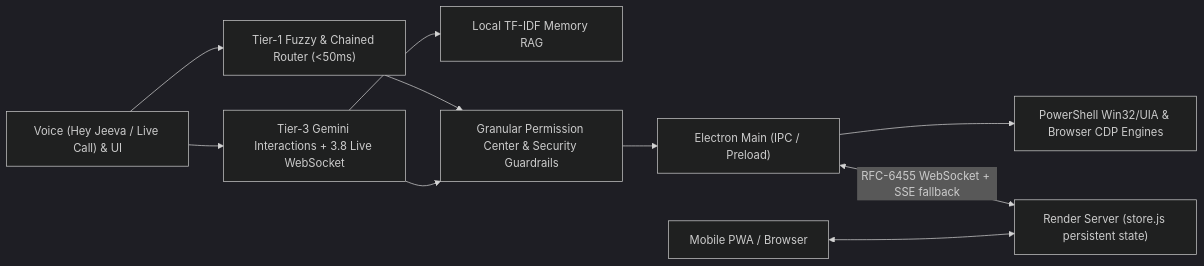
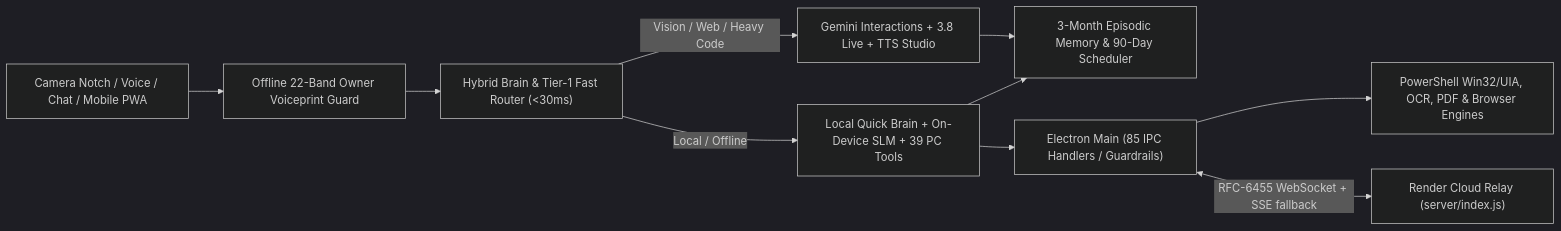
Before and after one commit to rishusaw0/bob: the diagram in README.md, drawn with Mermaid (dark theme). The commit also changed other lines of this file, not shown here.

Commit message:
Update README.md with complete JEEVA AI features, voice cloning, offline voiceprint guard, and webbuildix.online SEO

````diff
--- a/README.md
+++ b/README.md
@@ -7,11 +11,11 @@
 ```mermaid
 flowchart LR
-  User["Voice (Hey Jeeva / Live Call) & UI"] --> Router["Tier-1 Fuzzy & Chained Router (<50ms)"]
-  User --> Gemini["Tier-3 Gemini Interactions + 3.8 Live WebSocket"]
-  Gemini --> RAG["Local TF-IDF Memory RAG"]
-  Router & Gemini --> Guard["Granular Permission Center & Security Guardrails"]
-  Guard --> IPC["Electron Main (IPC / Preload)"]
-  IPC --> PS["PowerShell Win32/UIA & Browser CDP Engines"]
-  IPC <-->|RFC-6455 WebSocket + SSE fallback| Relay["Render Server (store.js persistent state)"]
-  Phone["Mobile PWA / Browser"] <--> Relay
+  User["Camera Notch / Voice / Chat / Mobile PWA"] --> Gate["Offline 22-Band Owner Voiceprint Guard"]
+  Gate --> Router["Hybrid Brain & Tier-1 Fast Router (<30ms)"]
+  Router -->|Local / Offline| LocalBrain["Local Quick Brain + On-Device SLM + 39 PC Tools"]
+  Router -->|Vision / Web / Heavy Code| Gemini["Gemini Interactions + 3.8 Live + TTS Studio"]
+  LocalBrain & Gemini --> Memory["3-Month Episodic Memory & 90-Day Scheduler"]
+  LocalBrain --> IPC["Electron Main (85 IPC Handlers / Guardrails)"]
+  IPC --> PS["PowerShell Win32/UIA, OCR, PDF & Browser Engines"]
+  IPC <-->|RFC-6455 WebSocket + SSE fallback| Relay["Render Cloud Relay (server/index.js)"]
 ```
````
